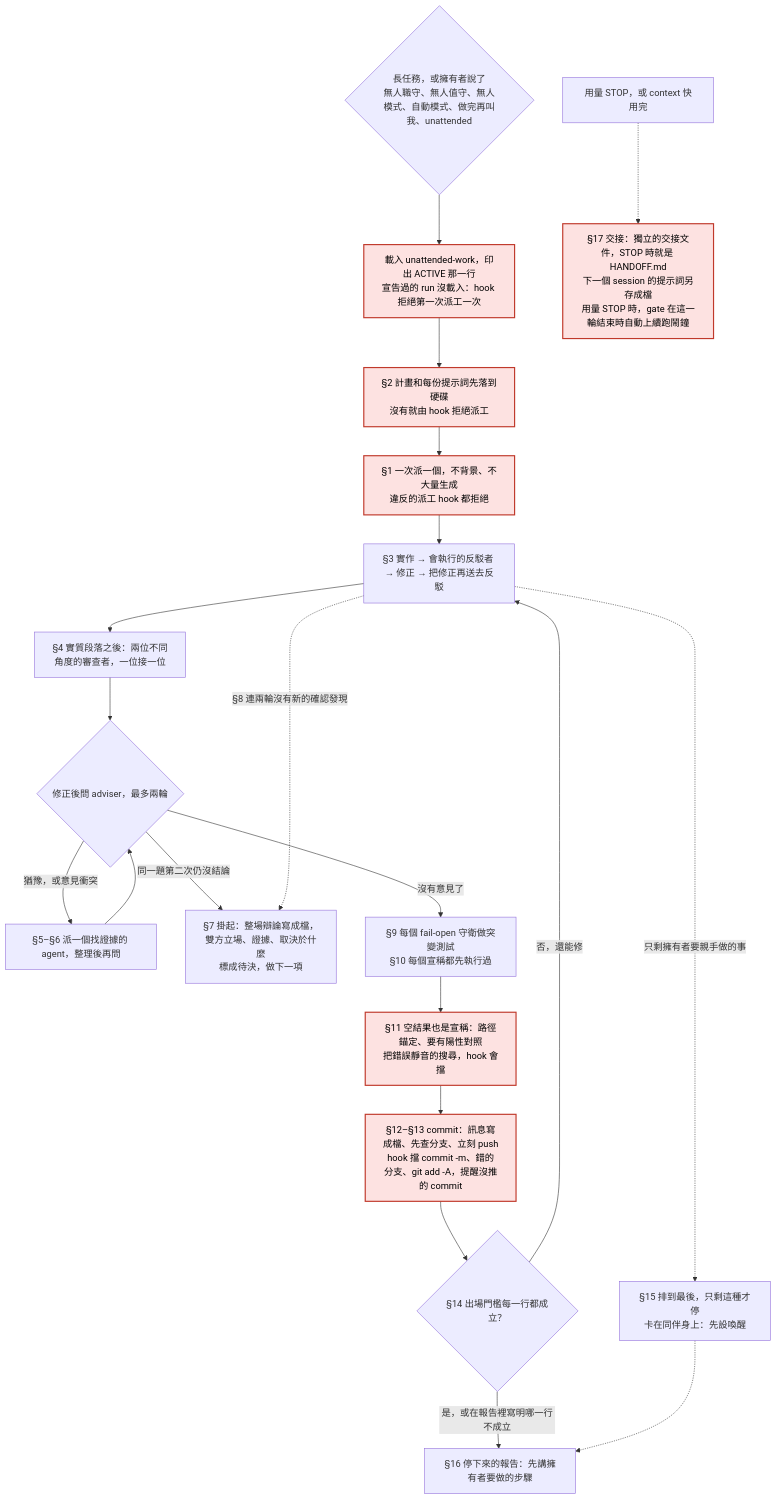
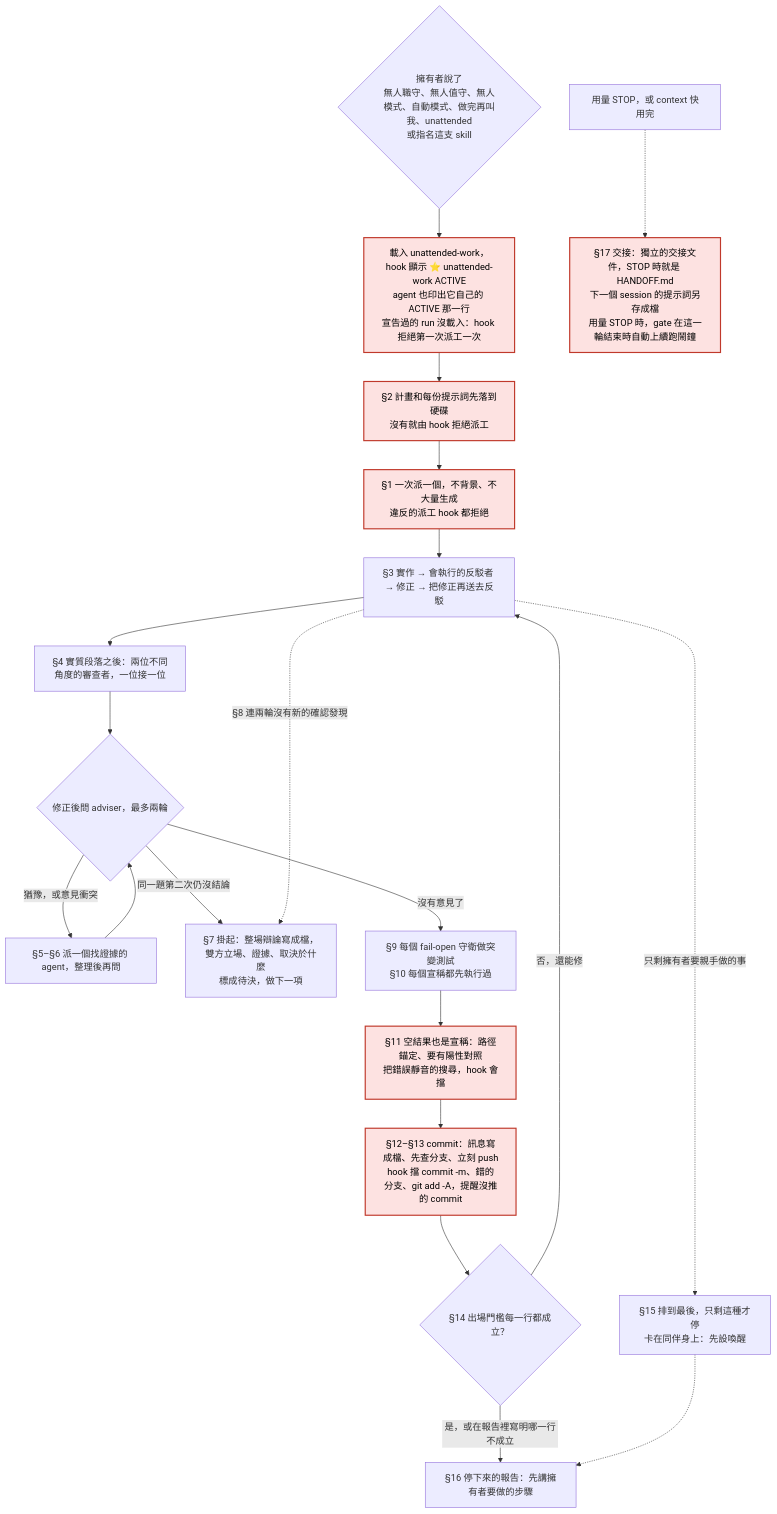
Before and after one commit to Dino9021/dispatch-guard: the second of 6 diagrams in README.md, drawn with Mermaid. The commit also changed other lines of this file and 9 other files, not shown here.

````diff
--- a/README.md
+++ b/README.md
@@ -687,24 +692,24 @@
 ```mermaid
 flowchart TD
-  trigger{"長任務，或擁有者說了<br/>無人職守、無人值守、無人模式、自動模式、做完再叫我、unattended"} --> loadUnattended["載入 unattended-work，印出 ACTIVE 那一行<br/>宣告過的 run 沒載入：hook 拒絕第一次派工一次"]
+  trigger{"擁有者說了<br/>無人職守、無人值守、無人模式、自動模式、做完再叫我、unattended<br/>或指名這支 skill"} --> loadUnattended["載入 unattended-work，hook 顯示 ⭐ unattended-work ACTIVE<br/>agent 也印出它自己的 ACTIVE 那一行<br/>宣告過的 run 沒載入：hook 拒絕第一次派工一次"]
   loadUnattended --> planFirst["§2 計畫和每份提示詞先落到硬碟<br/>沒有就由 hook 拒絕派工"]
   planFirst --> sequential["§1 一次派一個，不背景、不大量生成<br/>違反的派工 hook 都拒絕"]
   sequential --> wave["§3 實作 → 會執行的反駁者 → 修正 → 把修正再送去反駁"]
   wave --> reviewers["§4 實質段落之後：兩位不同角度的審查者，一位接一位"]
   reviewers --> adviser{"修正後問 adviser，最多兩輪"}
   adviser -->|"猶豫，或意見衝突"| debate["§5–§6 派一個找證據的 agent，整理後再問"]
   debate --> adviser
   adviser -->|"同一題第二次仍沒結論"| pend["§7 掛起：整場辯論寫成檔，雙方立場、證據、取決於什麼<br/>標成待決，做下一項"]
   wave -.->|"§8 連兩輪沒有新的確認發現"| pend
   adviser -->|"沒有意見了"| mutationCheck["§9 每個 fail-open 守衛做突變測試<br/>§10 每個宣稱都先執行過"]
   mutationCheck --> emptyResult["§11 空結果也是宣稱：路徑錨定、要有陽性對照<br/>把錯誤靜音的搜尋，hook 會擋"]
   emptyResult --> commitRules["§12–§13 commit：訊息寫成檔、先查分支、立刻 push<br/>hook 擋 commit -m、錯的分支、git add -A，提醒沒推的 commit"]
   commitRules --> exitBar{"§14 出場門檻每一行都成立？"}
   exitBar -->|"否，還能修"| wave
   exitBar -->|"是，或在報告裡寫明哪一行不成立"| stopReport["§16 停下來的報告：先講擁有者要做的步驟"]
   wave -.->|"只剩擁有者要親手做的事"| lastItems["§15 排到最後，只剩這種才停<br/>卡在同伴身上：先設喚醒"]
   lastItems -.-> stopReport
   runningShort["用量 STOP，或 context 快用完"] -.-> handover["§17 交接：獨立的交接文件，STOP 時就是 HANDOFF.md<br/>下一個 session 的提示詞另存成檔<br/>用量 STOP 時，gate 在這一輪結束時自動上續跑鬧鐘"]
   class loadUnattended,planFirst,sequential,emptyResult,commitRules,handover gate
   classDef gate fill:#fde2e1,stroke:#c0392b,stroke-width:2px,color:#000
 ```
````
